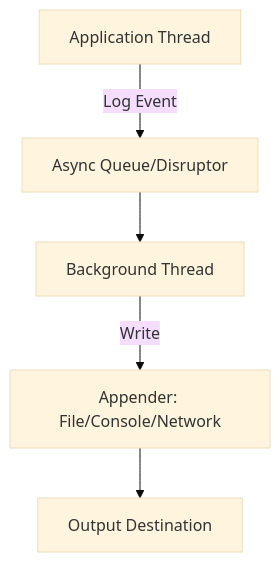
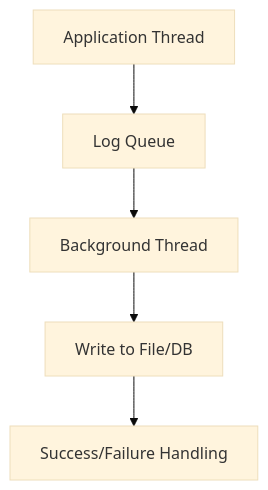
One commit to VrushankPatel/interview-matters changed the diagram in async-logging/README.md. Above: the diagram before and after it, drawn with Mermaid (base theme). The commit also changed other lines of this file and 5 other files, not shown here.

````diff
--- a/async-logging/README.md
+++ b/async-logging/README.md
@@ -34,7 +37,7 @@
 ```mermaid
 graph TD
-    A[Application Thread] -->|Log Event| B[Async Queue/Disruptor]
+    A[Application Thread] --> B[Log Queue]
     B --> C[Background Thread]
-    C -->|Write| D[Appender: File/Console/Network]
-    D --> E[Output Destination]
+    C --> D[Write to File/DB]
+    D --> E[Success/Failure Handling]
 ```
````
